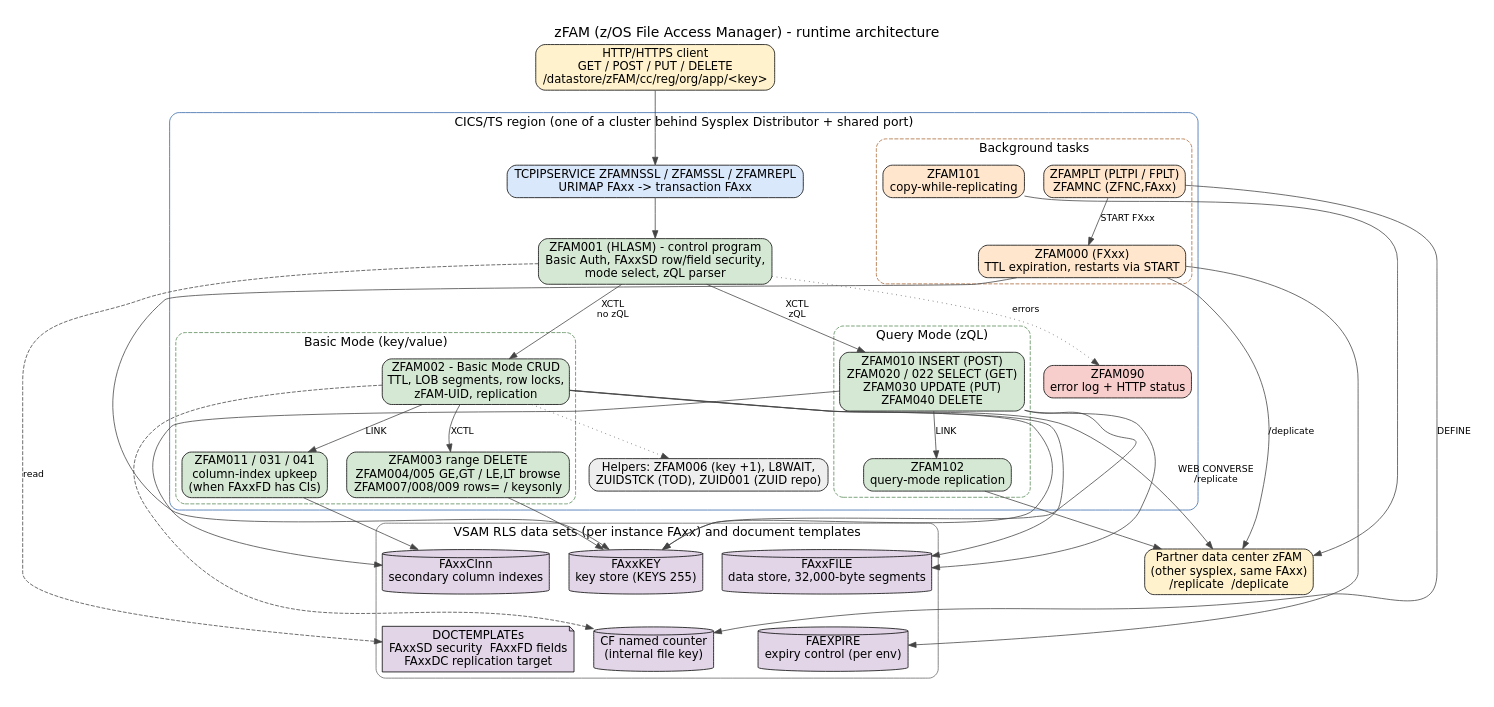
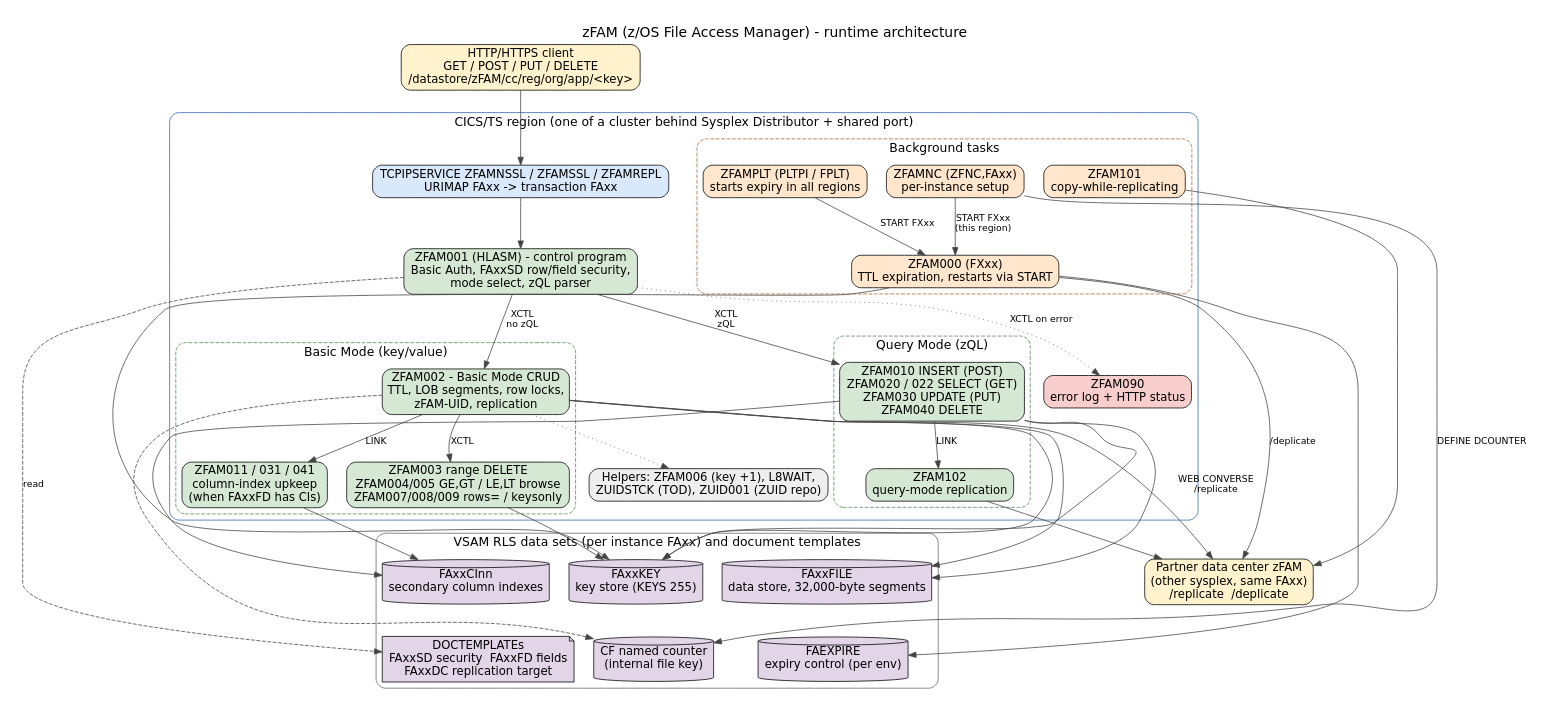
Before and after one commit to COG-GTM/BAH-COBOL-zFAM: the diagram in docs/diagrams/architecture.dot, drawn with Graphviz. The commit also changed 2 other files, not shown here.

Commit message:
bug: diagram shows ZFAMNC, not ZFAMPLT, defining the named counter

```diff
--- a/docs/diagrams/architecture.dot
+++ b/docs/diagrams/architecture.dot
@@ -1,76 +1,78 @@
 // zFAM architecture, drawn from Source/ and JCL/ on master.
 // Render: ./render.sh  (needs graphviz)
 digraph zFAM {
   graph [rankdir=TB, fontname="DejaVu Sans", fontsize=18, nodesep=0.35, ranksep=0.55,
          label="zFAM (z/OS File Access Manager) - runtime architecture", labelloc=t, pad=0.3];
   node  [shape=box, style="rounded,filled", fontname="DejaVu Sans", fontsize=15, fillcolor=white];
   edge  [fontname="DejaVu Sans", fontsize=12, color="#444444"];
 
   client [label="HTTP/HTTPS client\nGET / POST / PUT / DELETE\n/datastore/zFAM/cc/reg/org/app/<key>", shape=box, fillcolor="#fff2cc"];
   partner [label="Partner data center zFAM\n(other sysplex, same FAxx)\n/replicate  /deplicate", fillcolor="#fff2cc"];
 
   subgraph cluster_cics {
     label="CICS/TS region (one of a cluster behind Sysplex Distributor + shared port)"; style="rounded"; color="#3366aa"; fontsize=16;
 
     tcpip [label="TCPIPSERVICE ZFAMNSSL / ZFAMSSL / ZFAMREPL\nURIMAP FAxx -> transaction FAxx", fillcolor="#dae8fc"];
     z001 [label="ZFAM001 (HLASM) - control program\nBasic Auth, FAxxSD row/field security,\nmode select, zQL parser", fillcolor="#d5e8d4"];
 
     subgraph cluster_basic {
       label="Basic Mode (key/value)"; style="rounded,dashed"; color="#558855";
       z002 [label="ZFAM002 - Basic Mode CRUD\nTTL, LOB segments, row locks,\nzFAM-UID, replication", fillcolor="#d5e8d4"];
       browse [label="ZFAM003 range DELETE\nZFAM004/005 GE,GT / LE,LT browse\nZFAM007/008/009 rows= / keysonly", fillcolor="#d5e8d4"];
       ci_basic [label="ZFAM011 / 031 / 041\ncolumn-index upkeep\n(when FAxxFD has CIs)", fillcolor="#d5e8d4"];
     }
 
     subgraph cluster_query {
       label="Query Mode (zQL)"; style="rounded,dashed"; color="#558855";
       qm [label="ZFAM010 INSERT (POST)\nZFAM020 / 022 SELECT (GET)\nZFAM030 UPDATE (PUT)\nZFAM040 DELETE", fillcolor="#d5e8d4"];
       z102 [label="ZFAM102\nquery-mode replication", fillcolor="#d5e8d4"];
     }
 
     z090 [label="ZFAM090\nerror log + HTTP status", fillcolor="#f8cecc"];
     helpers [label="Helpers: ZFAM006 (key +1), L8WAIT,\nZUIDSTCK (TOD), ZUID001 (ZUID repo)", fillcolor="#eeeeee"];
 
     subgraph cluster_bg {
       label="Background tasks"; style="rounded,dashed"; color="#aa6633";
-      plt [label="ZFAMPLT (PLTPI / FPLT)\nZFAMNC (ZFNC,FAxx)", fillcolor="#ffe6cc"];
+      plt [label="ZFAMPLT (PLTPI / FPLT)\nstarts expiry in all regions", fillcolor="#ffe6cc"];
+      zfnc [label="ZFAMNC (ZFNC,FAxx)\nper-instance setup", fillcolor="#ffe6cc"];
       z000 [label="ZFAM000 (FXxx)\nTTL expiration, restarts via START", fillcolor="#ffe6cc"];
       z101 [label="ZFAM101\ncopy-while-replicating", fillcolor="#ffe6cc"];
     }
   }
 
   subgraph cluster_data {
     label="VSAM RLS data sets (per instance FAxx) and document templates"; style="rounded"; color="#666666"; fontsize=16;
     keyds [label="FAxxKEY\nkey store (KEYS 255)", shape=cylinder, fillcolor="#e1d5e7"];
     fileds [label="FAxxFILE\ndata store, 32,000-byte segments", shape=cylinder, fillcolor="#e1d5e7"];
     cids [label="FAxxCInn\nsecondary column indexes", shape=cylinder, fillcolor="#e1d5e7"];
     expire [label="FAEXPIRE\nexpiry control (per env)", shape=cylinder, fillcolor="#e1d5e7"];
     doct [label="DOCTEMPLATEs\nFAxxSD security  FAxxFD fields\nFAxxDC replication target", shape=note, fillcolor="#e1d5e7"];
     {rank=same; keyds; fileds; cids;}
     {rank=same; expire; doct; nc;}
     keyds -> expire [style=invis]; fileds -> doct [style=invis]; cids -> nc [style=invis];
     nc [label="CF named counter\n(internal file key)", shape=cylinder, fillcolor="#e1d5e7"];
   }
 
   client -> tcpip -> z001;
   z001 -> doct [label="read", style=dashed];
   z001 -> z002 [label="XCTL\nno zQL"];
   z001 -> qm [label="XCTL\nzQL"];
   z002 -> browse [label="XCTL"];
   z002 -> ci_basic [label="LINK"];
   qm -> z102 [label="LINK"];
   z002 -> keyds; z002 -> fileds; z002 -> nc [style=dashed];
   qm -> keyds; qm -> fileds; qm -> cids;
   ci_basic -> cids;
   browse -> keyds;
   z002 -> partner [label="WEB CONVERSE\n/replicate"];
   z102 -> partner;
   z101 -> partner;
   z000 -> partner [label="/deplicate"];
   z000 -> keyds; z000 -> expire;
   plt -> z000 [label="START FXxx"];
-  plt -> nc [label="DEFINE"];
-  z001 -> z090 [style=dotted, label="errors"];
+  zfnc -> nc [label="DEFINE DCOUNTER"];
+  zfnc -> z000 [label="START FXxx\n(this region)"];
+  z001 -> z090 [style=dotted, label="XCTL on error"];
   z002 -> helpers [style=dotted];
 
 }
```
